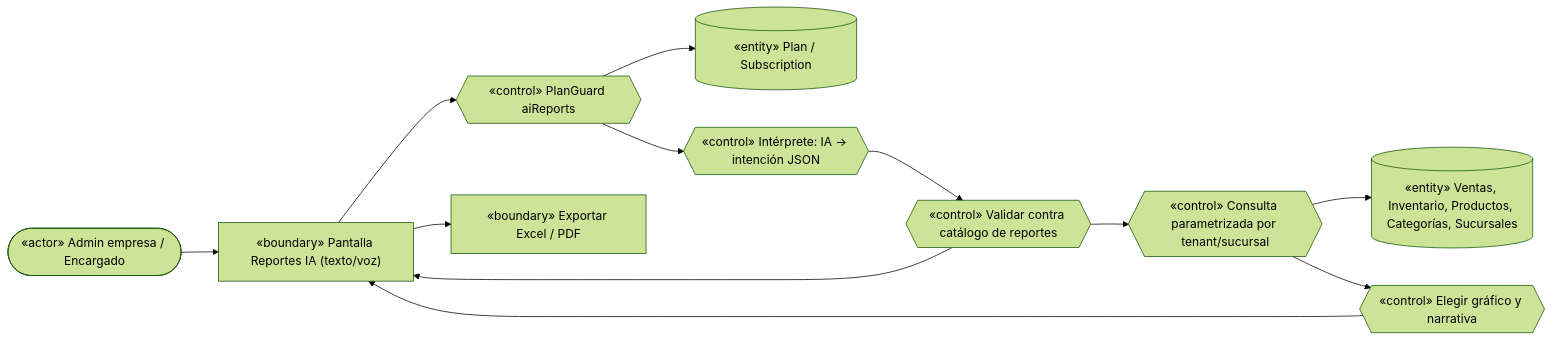
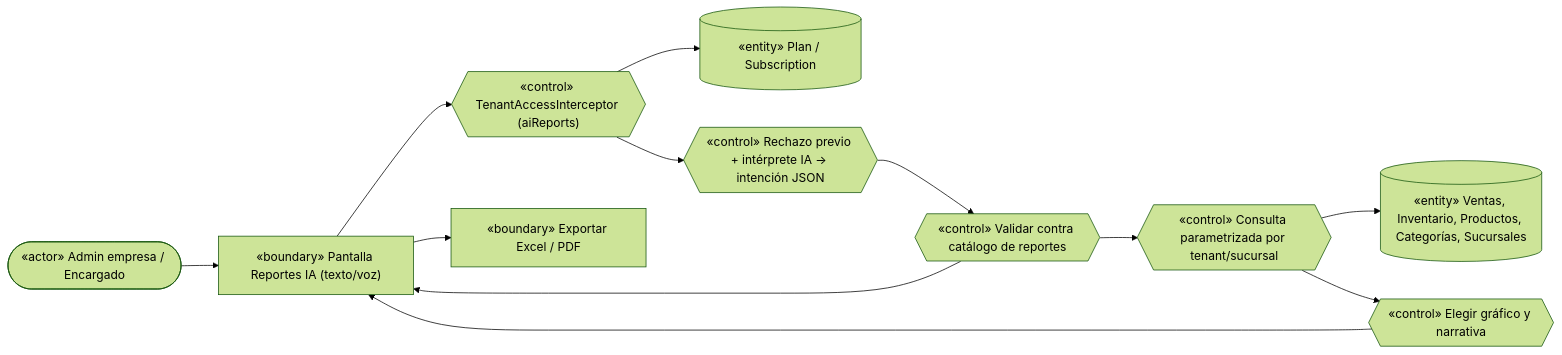
One commit to BrayanG123/parcial_actualizado changed the ninth of 26 diagrams in docs/ICONIX_Parcial2.md. Above: the diagram before and after it, drawn with Mermaid (forest theme). The commit also changed other lines of this file and 1 other file, not shown here.

````diff
--- a/docs/ICONIX_Parcial2.md
+++ b/docs/ICONIX_Parcial2.md
@@ -400,14 +453,14 @@
 ```mermaid
 flowchart LR
   A(["«actor» Admin empresa / Encargado"]) --> B1["«boundary» Pantalla Reportes IA (texto/voz)"]
-  B1 --> C0{{"«control» PlanGuard aiReports"}}
+  B1 --> C0{{"«control» TenantAccessInterceptor (aiReports)"}}
   C0 --> E0[("«entity» Plan / Subscription")]
-  C0 --> C1{{"«control» Intérprete: IA → intención JSON"}}
+  C0 --> C1{{"«control» Rechazo previo + intérprete IA → intención JSON"}}
   C1 --> C2{{"«control» Validar contra catálogo de reportes"}}
   C2 --> C3{{"«control» Consulta parametrizada por tenant/sucursal"}}
   C3 --> E1[("«entity» Ventas, Inventario, Productos, Categorías, Sucursales")]
   C3 --> C4{{"«control» Elegir gráfico y narrativa"}}
   C4 --> B1
   B1 --> B2["«boundary» Exportar Excel / PDF"]
   C2 --> B1
 ```
````
